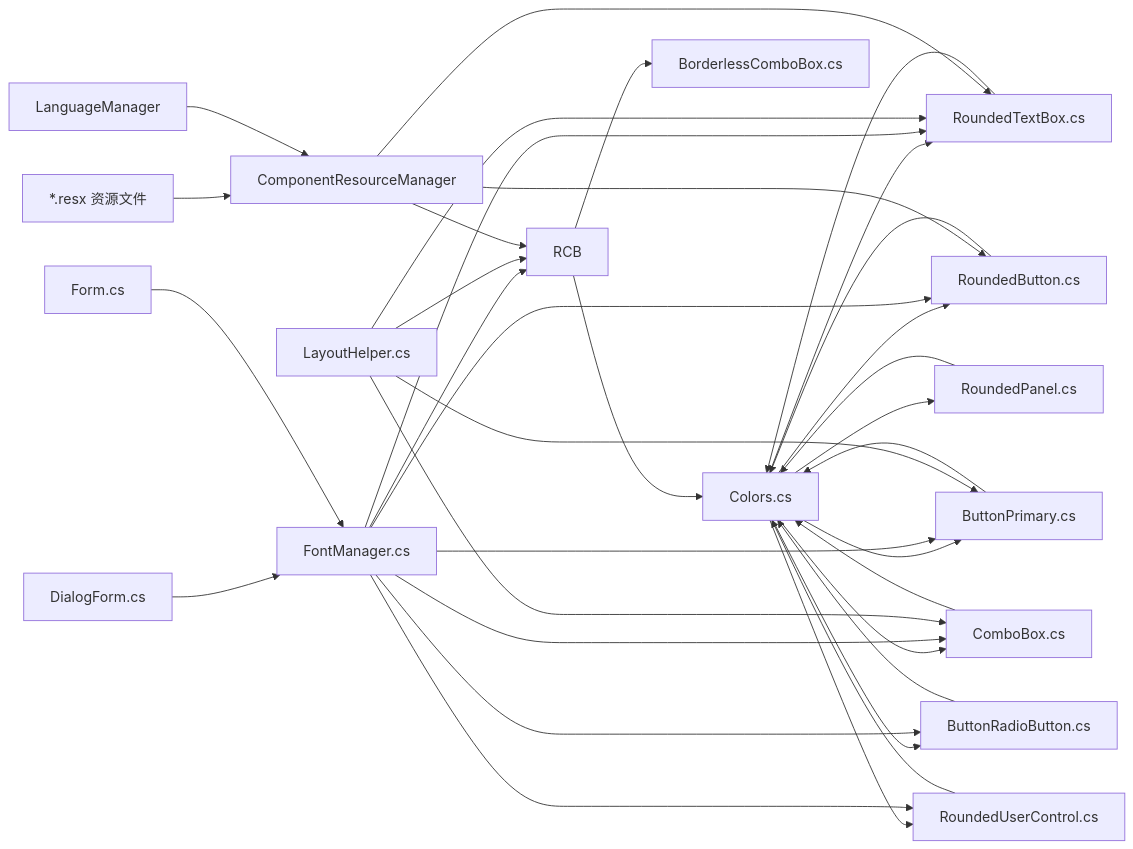
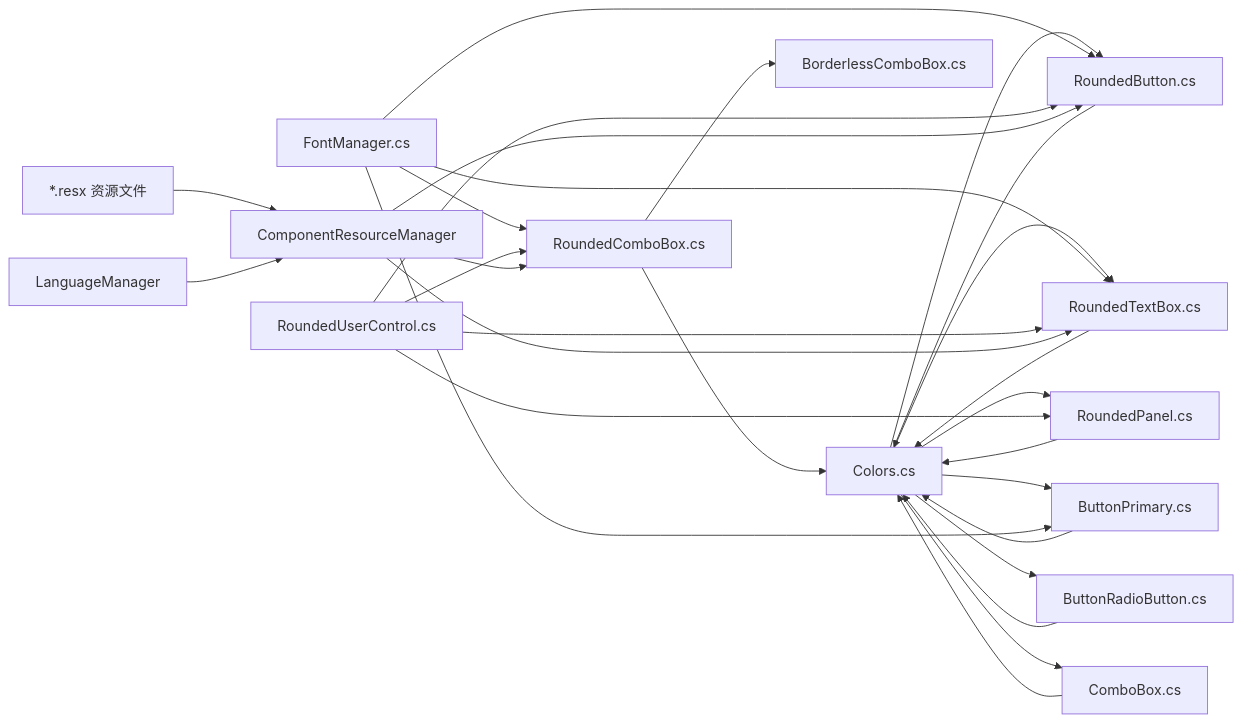
One commit to tea4go/Macro-Deck changed diagram 12 of 12 in .qoder/repowiki/zh/content/图形用户界面/自定义控件/自定义控件.md. Above: the diagram before and after it, drawn with Mermaid. The commit also changed other lines of this file and 63 other files, not shown here.

````diff
--- a/.qoder/repowiki/zh/content/图形用户界面/自定义控件/自定义控件.md
+++ b/.qoder/repowiki/zh/content/图形用户界面/自定义控件/自定义控件.md
@@ -892,37 +698,30 @@
 ```mermaid
 graph LR
 Colors["Colors.cs"] --> RB["RoundedButton.cs"]
 Colors --> RTB["RoundedTextBox.cs"]
 Colors --> RP["RoundedPanel.cs"]
 Colors --> BP["ButtonPrimary.cs"]
 Colors --> BRB["ButtonRadioButton.cs"]
 Colors --> CB["ComboBox.cs"]
-Colors --> RUC["RoundedUserControl.cs"]
-FontManager["FontManager.cs"] --> RTB
+FontManager["FontManager.cs"] --> BP
+FontManager --> RB
+FontManager --> RTB
 FontManager --> RCB
-FontManager --> RB
-FontManager --> BP
-FontManager --> BRB
-FontManager --> CB
-FontManager --> RUC
-LayoutHelper["LayoutHelper.cs"] --> BP
-LayoutHelper --> CB
-LayoutHelper --> RTB
-LayoutHelper --> RCB
-DialogForm["DialogForm.cs"] --> FontManager
-Form["Form.cs"] --> FontManager
+RoundedUserControl["RoundedUserControl.cs"] --> RB
+RoundedUserControl --> RTB
+RoundedUserControl --> RCB
+RoundedUserControl --> RP
 RES["*.resx 资源文件"] --> CRM["ComponentResourceManager"]
 CRM --> RB
 CRM --> RTB
 CRM --> RCB
 LM["LanguageManager"] --> CRM
-RCB --> BLCB["BorderlessComboBox.cs"]
+RCB["RoundedComboBox.cs"] --> BLCB["BorderlessComboBox.cs"]
 RCB --> Colors
 RB --> Colors
 RTB --> Colors
 RP --> Colors
 BP --> Colors
 BRB --> Colors
 CB --> Colors
-RUC --> Colors
 ```
````
